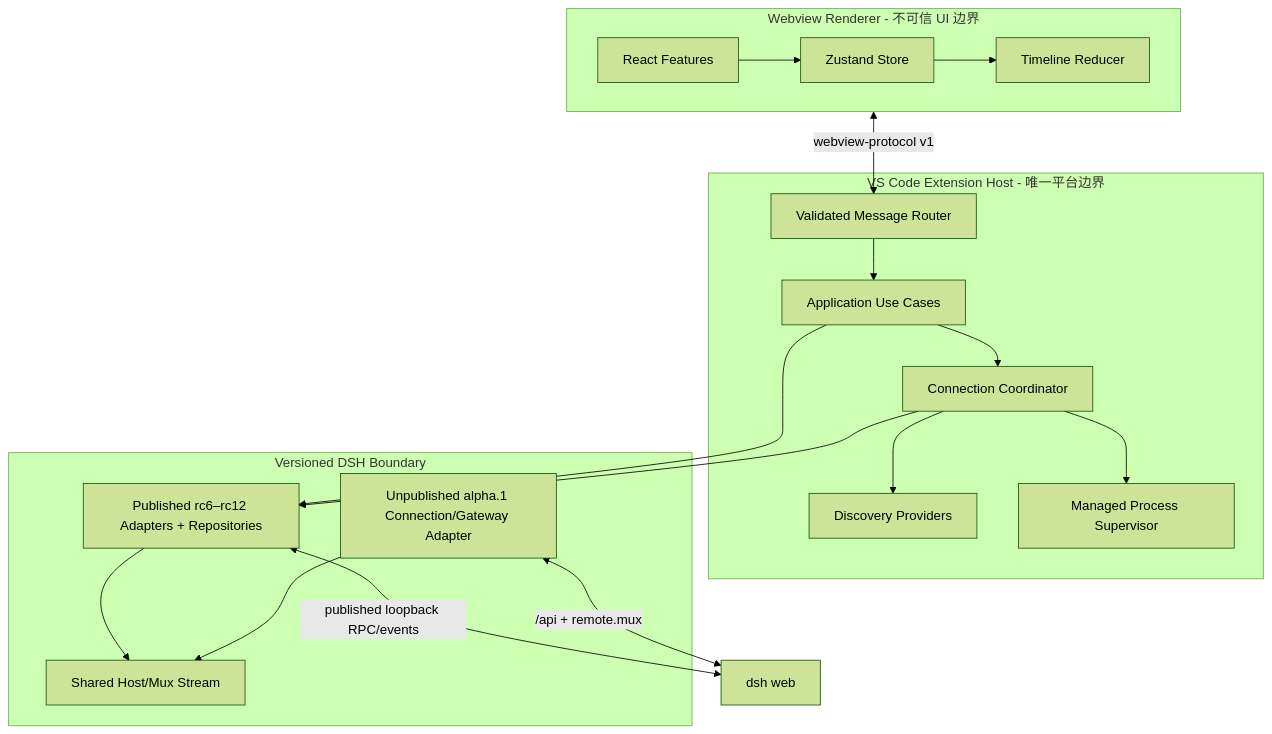
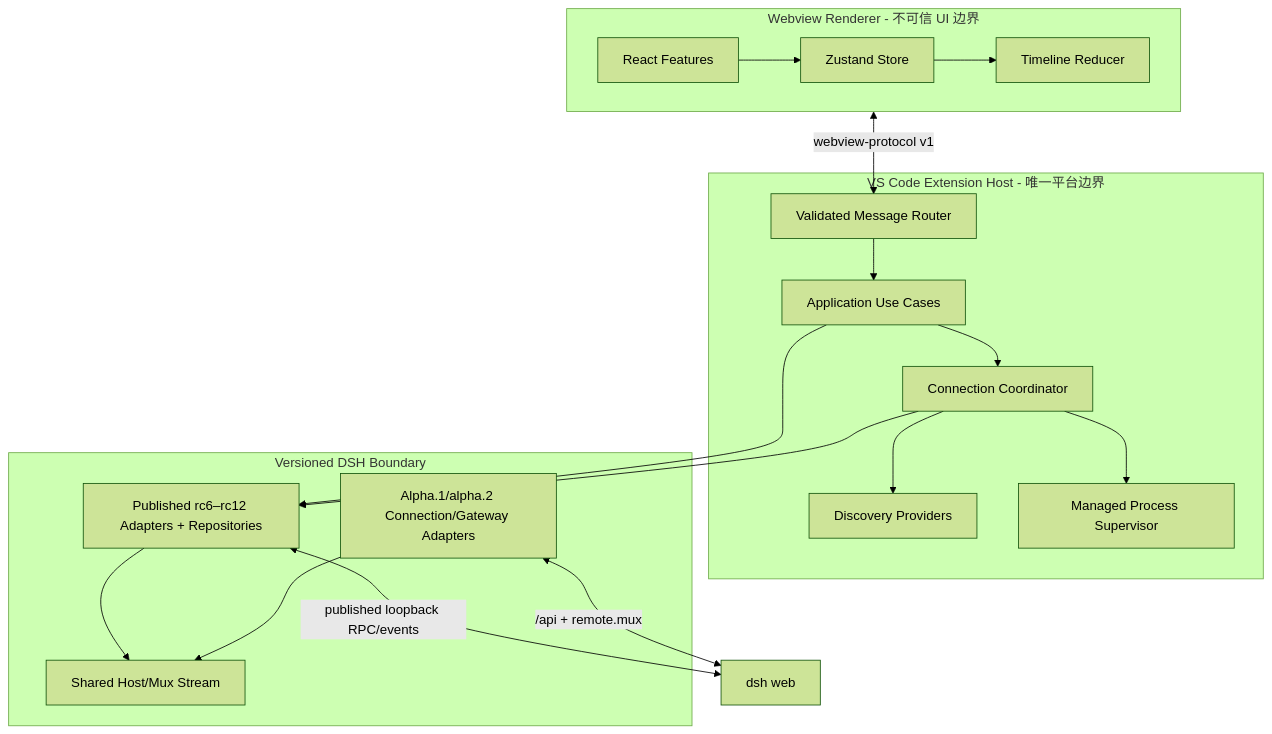
Before and after one commit to Jabofish/deepseek-harness-vscode: the first of 2 diagrams in docs/architecture.md, drawn with Mermaid (forest theme). The commit also changed other lines of this file and 30 other files, not shown here.

Commit message:
feat(dsh-adapter): support 0.1.2-alpha.2

````diff
--- a/docs/architecture.md
+++ b/docs/architecture.md
@@ -5,35 +5,35 @@
 ```mermaid
 flowchart TB
   subgraph Renderer["Webview Renderer - 不可信 UI 边界"]
     REACT["React Features"]
     STORE["Zustand Store"]
     TL["Timeline Reducer"]
     REACT --> STORE --> TL
   end
 
   subgraph Host["VS Code Extension Host - 唯一平台边界"]
     ROUTER["Validated Message Router"]
     UC["Application Use Cases"]
     CC["Connection Coordinator"]
     DISC["Discovery Providers"]
     SUP["Managed Process Supervisor"]
     ROUTER --> UC
     UC --> CC
     CC --> DISC
     CC --> SUP
   end
 
   subgraph Adapter["Versioned DSH Boundary"]
     RC6["Published rc6–rc12 Adapters + Repositories"]
-    ALPHA["Unpublished alpha.1 Connection/Gateway Adapter"]
+    ALPHA["Alpha.1/alpha.2 Connection/Gateway Adapters"]
     STREAM["Shared Host/Mux Stream"]
     RC6 --> STREAM
     ALPHA --> STREAM
   end
 
   Renderer <-->|"webview-protocol v1"| ROUTER
   UC --> RC6
   CC --> RC6
   RC6 <-->|"published loopback RPC/events"| DSH["dsh web"]
   ALPHA <-->|"/api + remote.mux"| DSH
 ```
````
